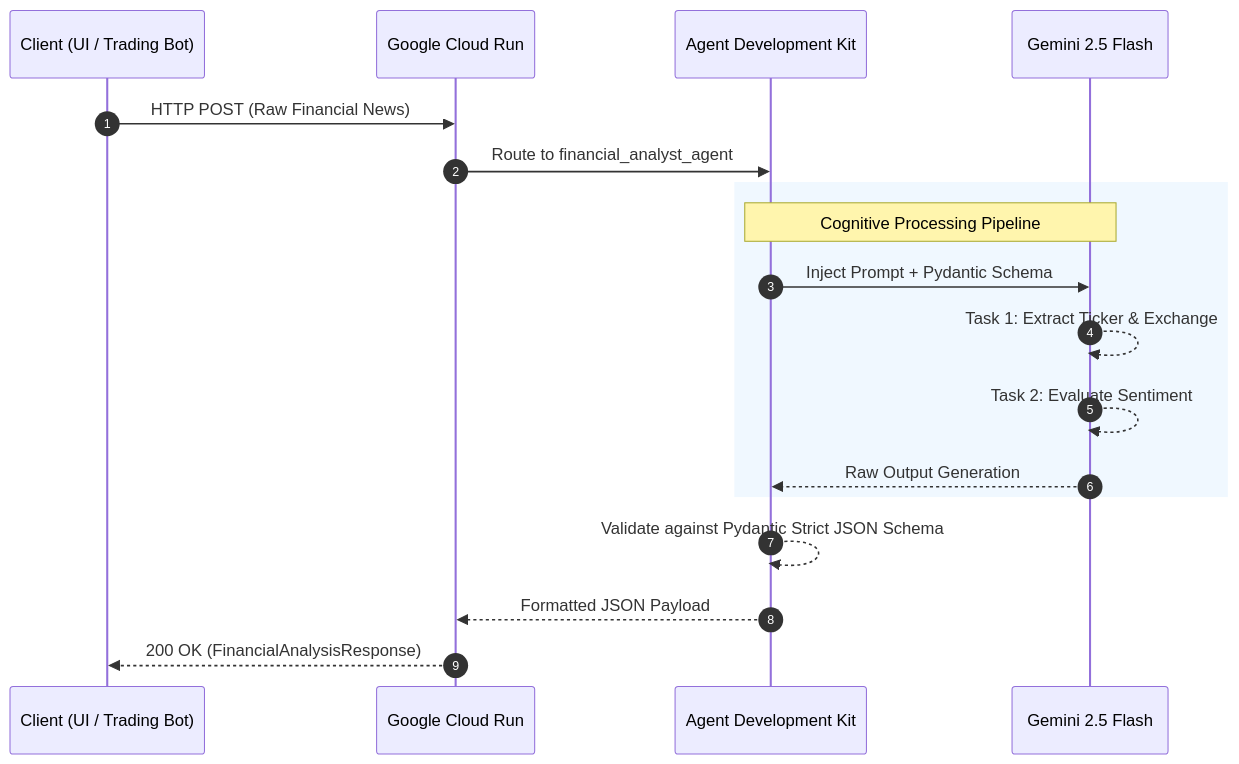
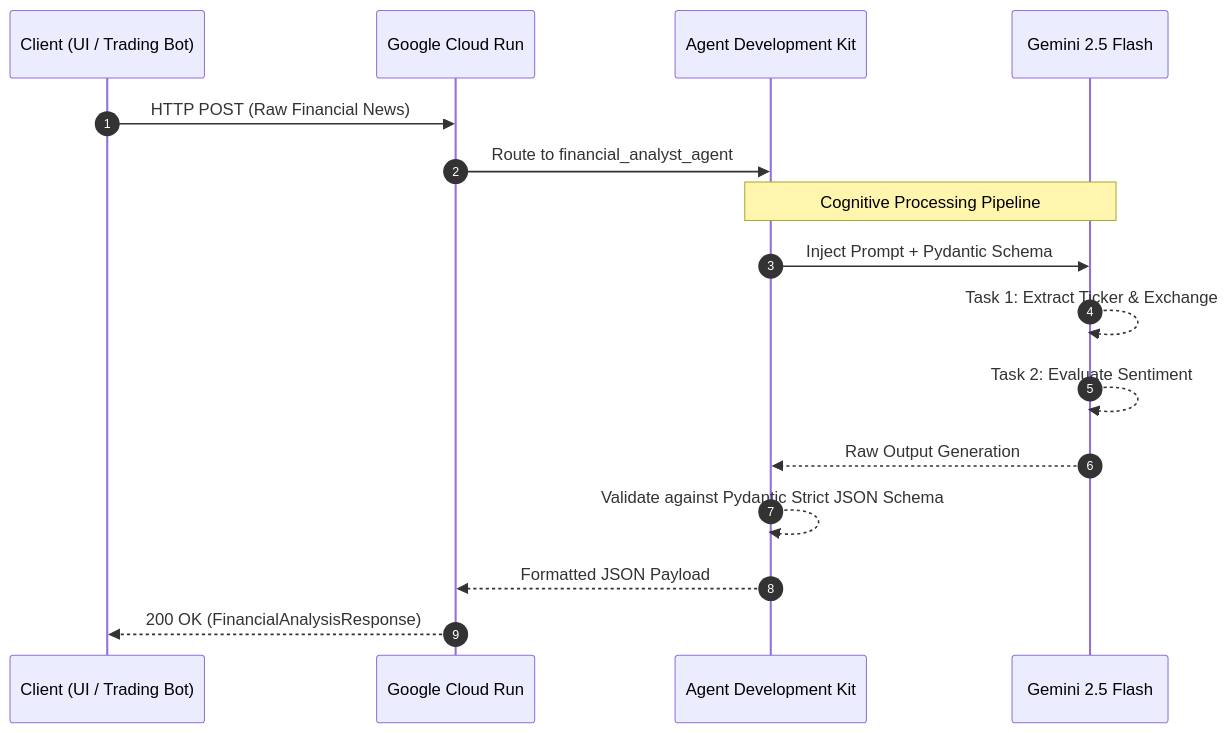
The diagram in README.md (kaushal168/Financial-AI-Analyst-Agent-Microservice), drawn with Mermaid before and after one commit.

Commit message:
feat: Revert sequence diagram styling adjustments

````diff
--- a/README.md
+++ b/README.md
@@ -50,24 +50,21 @@
 ```mermaid
-%%{init: {'theme': 'default', 'themeVariables': { 'fontSize': '16px', 'fontFamily': 'arial'}}}%%
 sequenceDiagram
     autonumber
     participant C as Client (UI / Trading Bot)
     participant CR as Google Cloud Run
     participant ADK as Agent Development Kit
     participant LLM as Gemini 2.5 Flash
     
     C->>CR: HTTP POST (Raw Financial News)
     CR->>ADK: Route to financial_analyst_agent
     
-    rect rgb(240, 248, 255)
     Note over ADK,LLM: Cognitive Processing Pipeline
     ADK->>LLM: Inject Prompt + Pydantic Schema
     LLM-->>LLM: Task 1: Extract Ticker & Exchange
     LLM-->>LLM: Task 2: Evaluate Sentiment
     LLM-->>ADK: Raw Output Generation
-    end
     
     ADK-->>ADK: Validate against Pydantic Strict JSON Schema
     ADK-->>CR: Formatted JSON Payload
     CR-->>C: 200 OK (FinancialAnalysisResponse)
 ```
````
